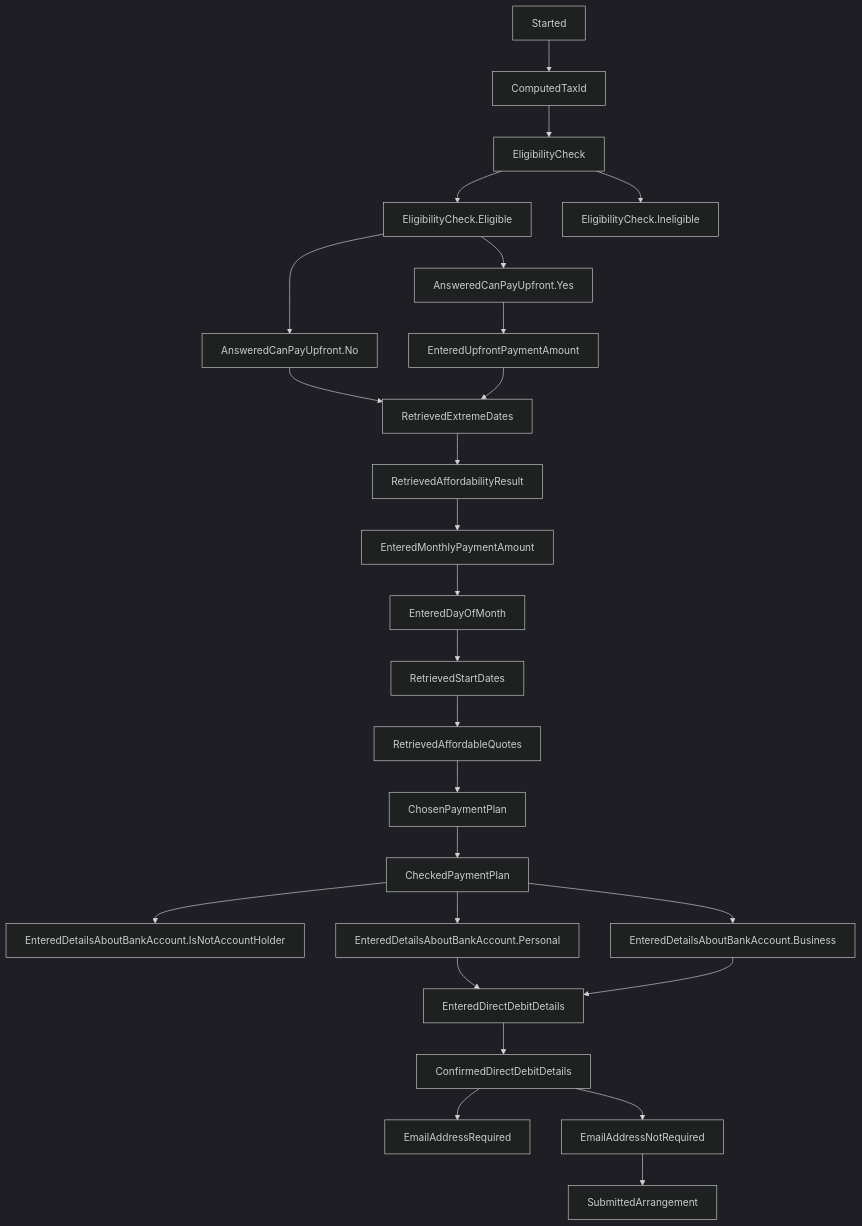
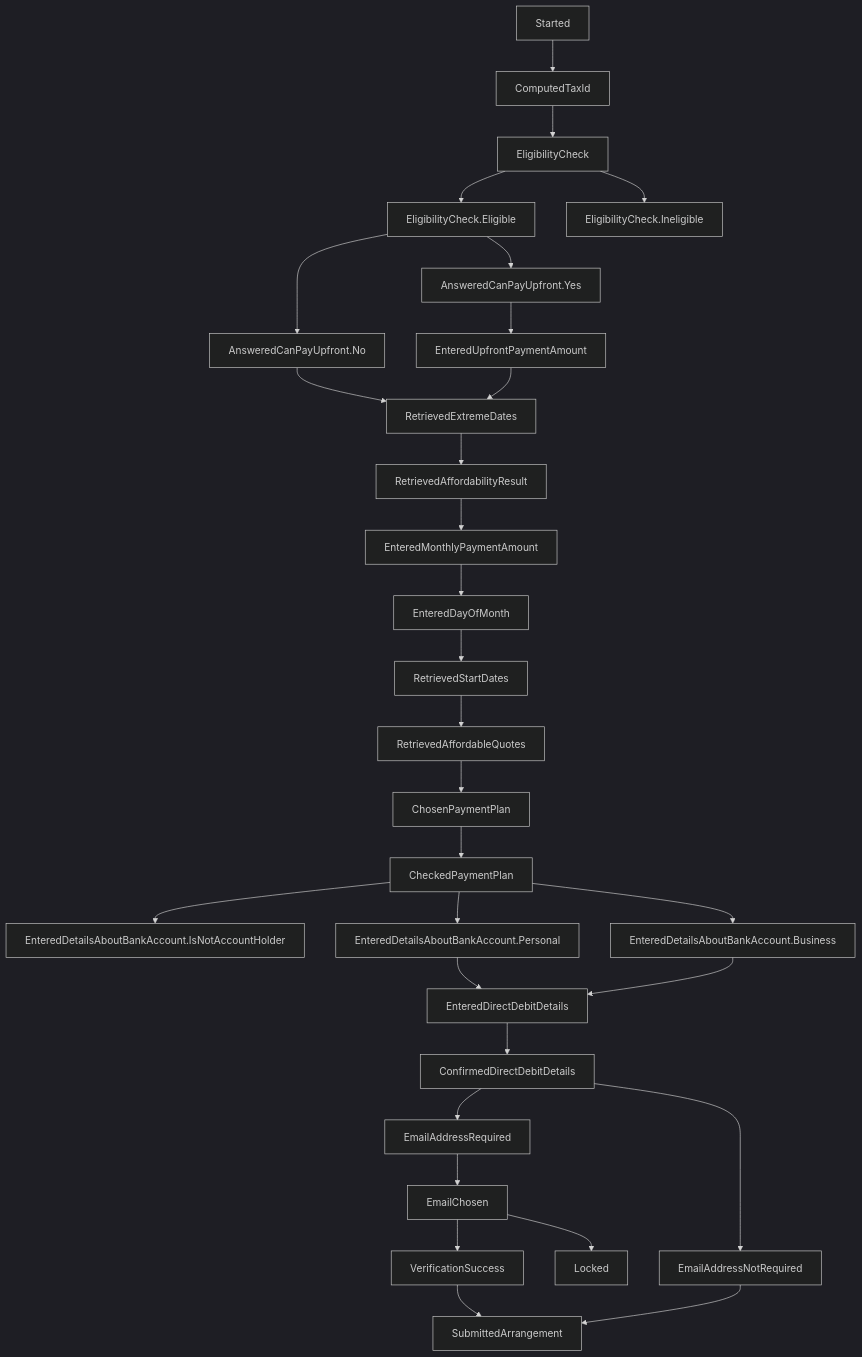
One commit to hmrc/essttp-backend changed the diagram in README.md. Above: the diagram before and after it, drawn with Mermaid (dark theme). The commit also changed 45 other files, not shown here.

Commit message:
[AC][SUPP-592] update email verification status (#81)

````diff
--- a/README.md
+++ b/README.md
@@ -35,27 +35,31 @@
 ```mermaid
 graph TD;
     Started --> ComputedTaxId;
     ComputedTaxId --> EligibilityCheck;
     EligibilityCheck --> EligibilityCheck.Eligible;
     EligibilityCheck --> EligibilityCheck.Ineligible;
     EligibilityCheck.Eligible --> AnsweredCanPayUpfront.Yes;
     EligibilityCheck.Eligible --> AnsweredCanPayUpfront.No;
     AnsweredCanPayUpfront.No --> RetrievedExtremeDates;
     AnsweredCanPayUpfront.Yes --> EnteredUpfrontPaymentAmount --> RetrievedExtremeDates;
     RetrievedExtremeDates --> RetrievedAffordabilityResult;
     RetrievedAffordabilityResult --> EnteredMonthlyPaymentAmount;
     EnteredMonthlyPaymentAmount --> EnteredDayOfMonth;
     EnteredDayOfMonth --> RetrievedStartDates;
     RetrievedStartDates --> RetrievedAffordableQuotes;
     RetrievedAffordableQuotes --> ChosenPaymentPlan;
     ChosenPaymentPlan --> CheckedPaymentPlan;
     CheckedPaymentPlan --> EnteredDetailsAboutBankAccount.IsNotAccountHolder;
     CheckedPaymentPlan --> EnteredDetailsAboutBankAccount.Personal;
     CheckedPaymentPlan --> EnteredDetailsAboutBankAccount.Business;
     EnteredDetailsAboutBankAccount.Personal --> EnteredDirectDebitDetails;
     EnteredDetailsAboutBankAccount.Business --> EnteredDirectDebitDetails;
     EnteredDirectDebitDetails --> ConfirmedDirectDebitDetails;
     ConfirmedDirectDebitDetails --> EmailAddressRequired;
     ConfirmedDirectDebitDetails --> EmailAddressNotRequired;
+    EmailAddressRequired --> EmailChosen;
+    EmailChosen --> Locked;
+    EmailChosen --> VerificationSuccess;
+    VerificationSuccess --> SubmittedArrangement;
     EmailAddressNotRequired --> SubmittedArrangement;
 ```
````
